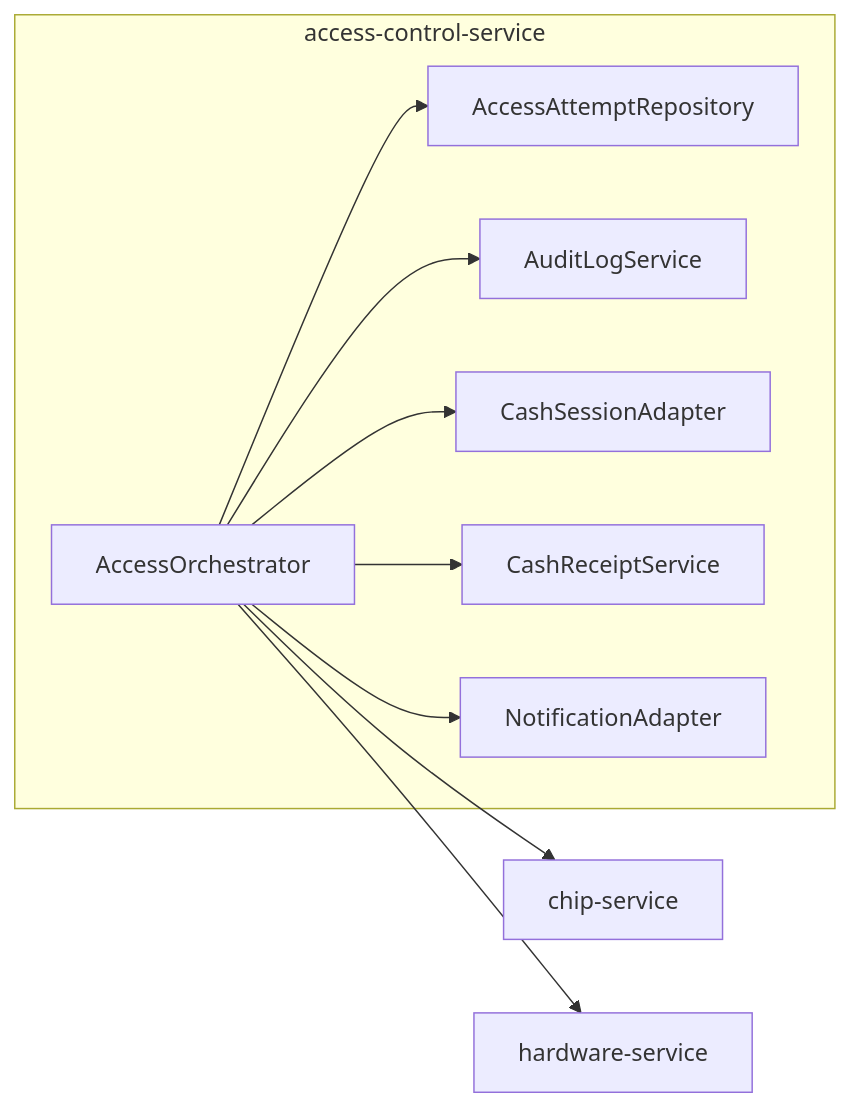
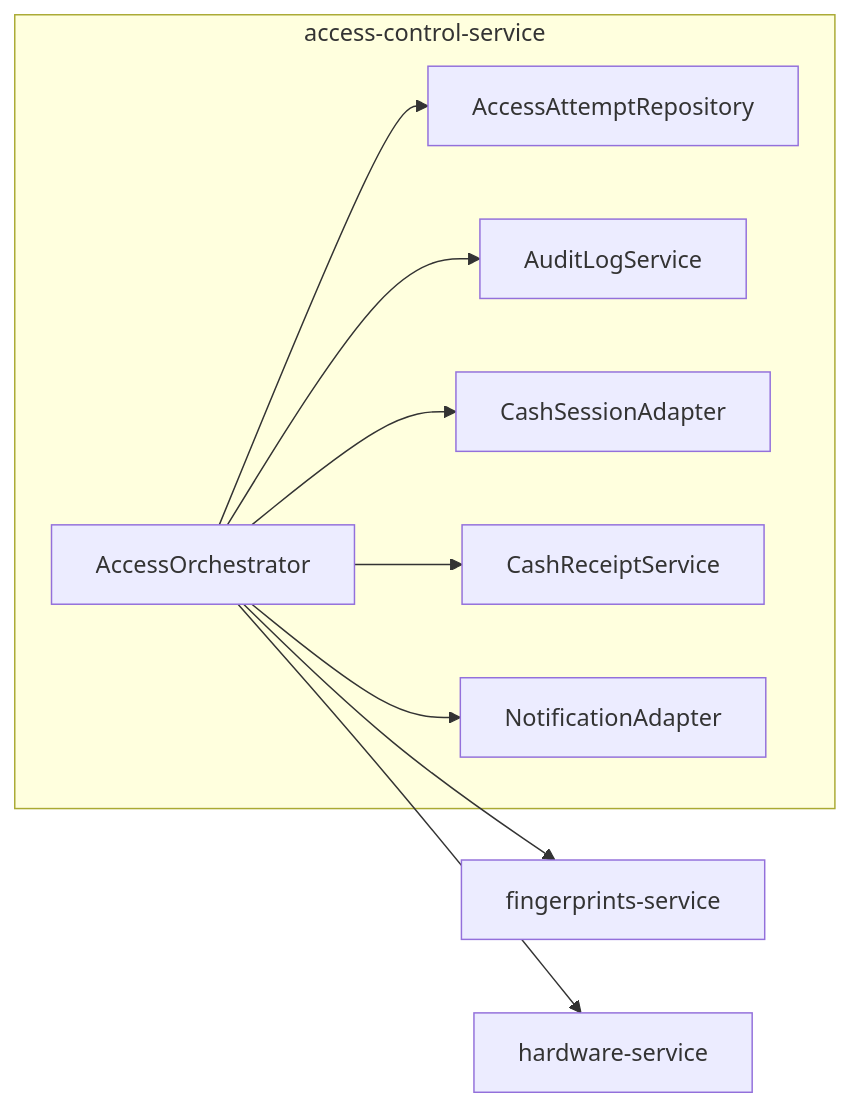
The diagram in gate-system/services/access-control-service/docs/SDS-access-attempt-saga.md (yoseftaktuk/mikve_project), drawn with Mermaid before and after one commit. The commit also changed other lines of this file and 94 other files, not shown here.

Commit message:
delete the chip service

````diff
--- a/gate-system/services/access-control-service/docs/SDS-access-attempt-saga.md
+++ b/gate-system/services/access-control-service/docs/SDS-access-attempt-saga.md
@@ -44,20 +44,20 @@
 ```mermaid
 flowchart LR
   subgraph acs [access-control-service]
     Orch[AccessOrchestrator]
     Repo[AccessAttemptRepository]
     Audit[AuditLogService]
     CashAd[CashSessionAdapter]
     Receipt[CashReceiptService]
     Notify[NotificationAdapter]
   end
-  Chip[chip-service]
+  Chip[fingerprints-service]
   Hw[hardware-service]
   Orch --> Repo
   Orch --> Audit
   Orch --> Chip
   Orch --> Hw
   Orch --> CashAd
   Orch --> Receipt
   Orch --> Notify
 ```
````
